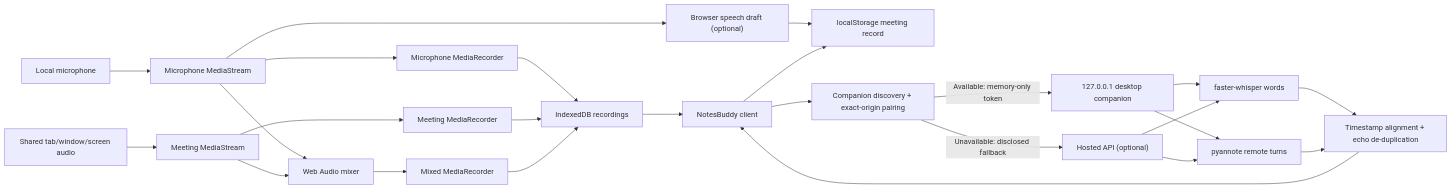
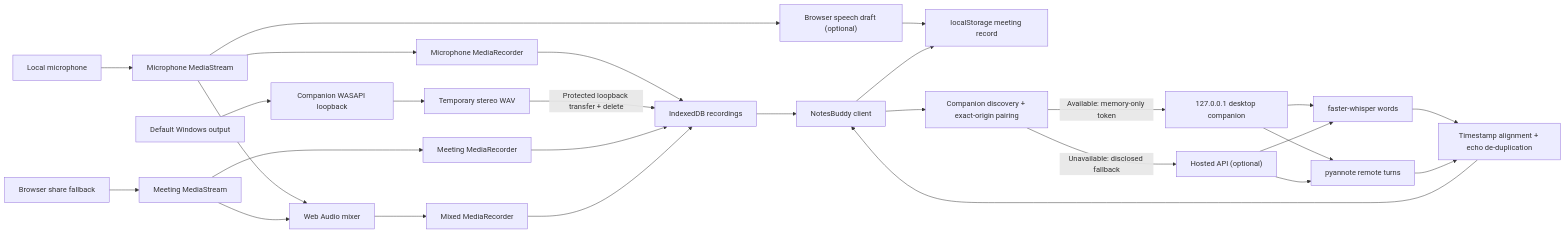
One commit to sumarahmed/AINotesBuddy changed the first of 2 diagrams in docs/ARCHITECTURE.md. Above: the diagram before and after it, drawn with Mermaid. The commit also changed other lines of this file and 35 other files, not shown here.

First line of the commit message:
Capture Teams audio through Windows loopback

````diff
--- a/docs/ARCHITECTURE.md
+++ b/docs/ARCHITECTURE.md
@@ -22,29 +23,32 @@
 ```mermaid
 flowchart LR
     Mic["Local microphone"] --> MicStream["Microphone MediaStream"]
-    Share["Shared tab/window/screen audio"] --> MeetingStream["Meeting MediaStream"]
+    Windows["Default Windows output"] --> Loopback["Companion WASAPI loopback"]
+    Share["Browser share fallback"] --> MeetingStream["Meeting MediaStream"]
     MicStream --> MicRecorder["Microphone MediaRecorder"]
+    Loopback --> MeetingWav["Temporary stereo WAV"]
     MeetingStream --> MeetingRecorder["Meeting MediaRecorder"]
     MicStream --> Mixer["Web Audio mixer"]
     MeetingStream --> Mixer
     Mixer --> MixedRecorder["Mixed MediaRecorder"]
     MicRecorder --> IDB["IndexedDB recordings"]
+    MeetingWav -->|"Protected loopback transfer + delete"| IDB
     MeetingRecorder --> IDB
     MixedRecorder --> IDB
 
     MicStream --> BrowserSpeech["Browser speech draft (optional)"]
     BrowserSpeech --> LocalStorage["localStorage meeting record"]
 
     IDB --> Client["NotesBuddy client"]
     Client --> Discovery["Companion discovery + exact-origin pairing"]
     Discovery -->|"Available: memory-only token"| Companion["127.0.0.1 desktop companion"]
     Discovery -->|"Unavailable: disclosed fallback"| Hosted["Hosted API (optional)"]
     Companion --> Whisper["faster-whisper words"]
     Hosted --> Whisper
     Companion --> Pyannote["pyannote remote turns"]
     Hosted --> Pyannote
     Whisper --> Alignment["Timestamp alignment + echo de-duplication"]
     Pyannote --> Alignment
     Alignment --> Client
     Client --> LocalStorage
 ```
````
